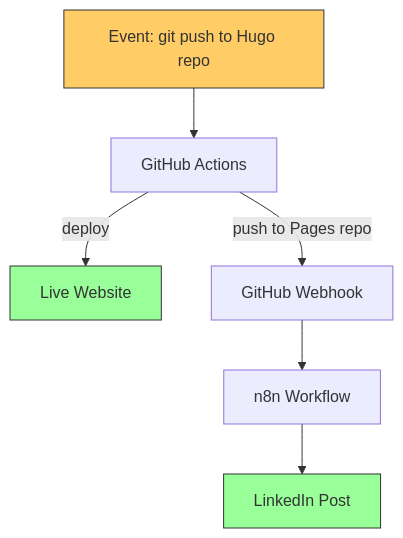
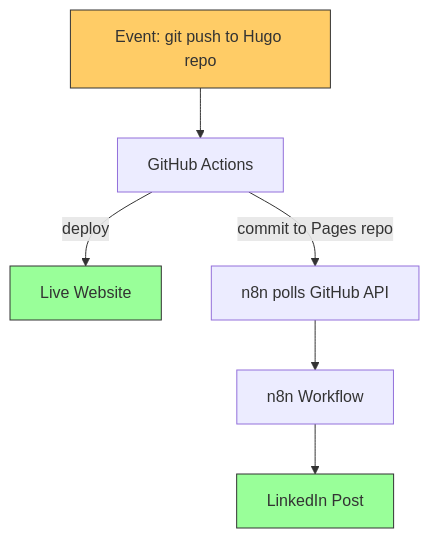
The first of 4 diagrams in docs/workflow-documentation.md (thatsmeadarsh/n8n-powered-auto-web-publish), drawn with Mermaid before and after one commit. The commit also changed other lines of this file and 4 other files, not shown here.

````diff
--- a/docs/workflow-documentation.md
+++ b/docs/workflow-documentation.md
@@ -11,12 +11,12 @@
 ```mermaid
 graph TD
     E["Event: git push to Hugo repo"] --> GA["GitHub Actions"]
     GA -->|"deploy"| SITE["Live Website"]
-    GA -->|"push to Pages repo"| WH["GitHub Webhook"]
-    WH --> N8N["n8n Workflow"]
+    GA -->|"commit to Pages repo"| POLL["n8n polls GitHub API"]
+    POLL --> N8N["n8n Workflow"]
     N8N --> LI["LinkedIn Post"]
 
     style E fill:#ffcc66,stroke:#333
     style SITE fill:#99ff99,stroke:#333
     style LI fill:#99ff99,stroke:#333
 ```
````
